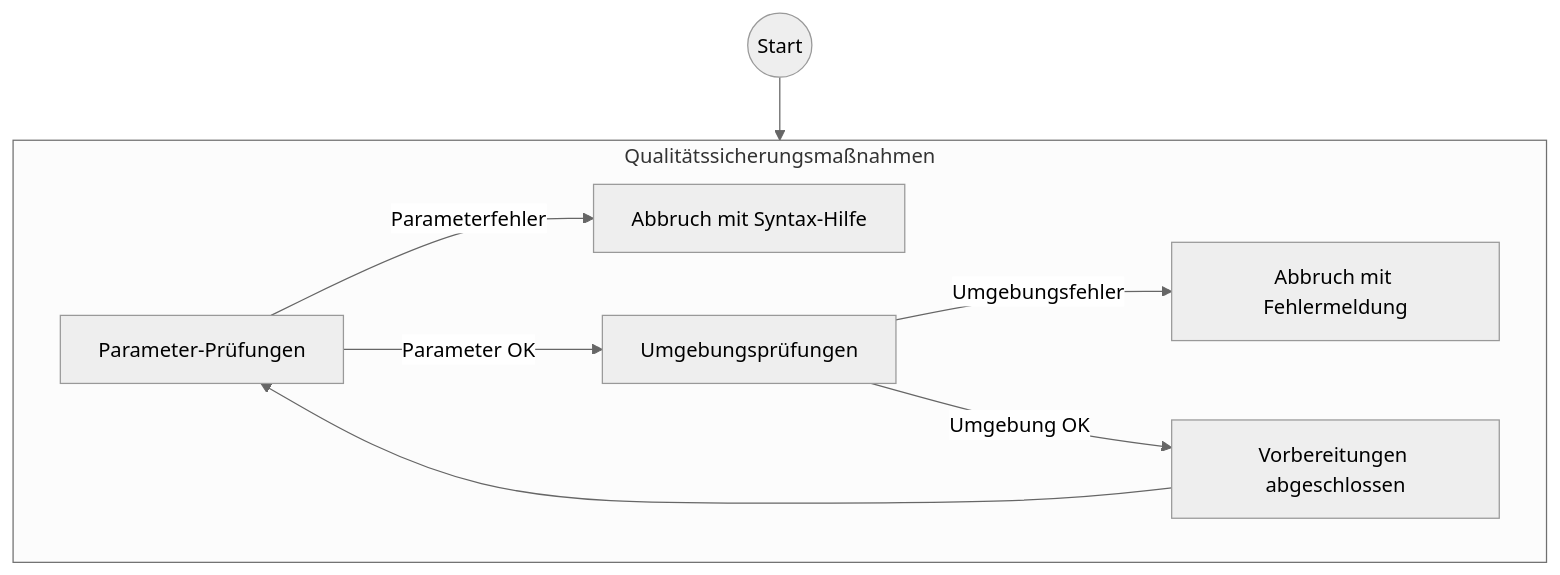
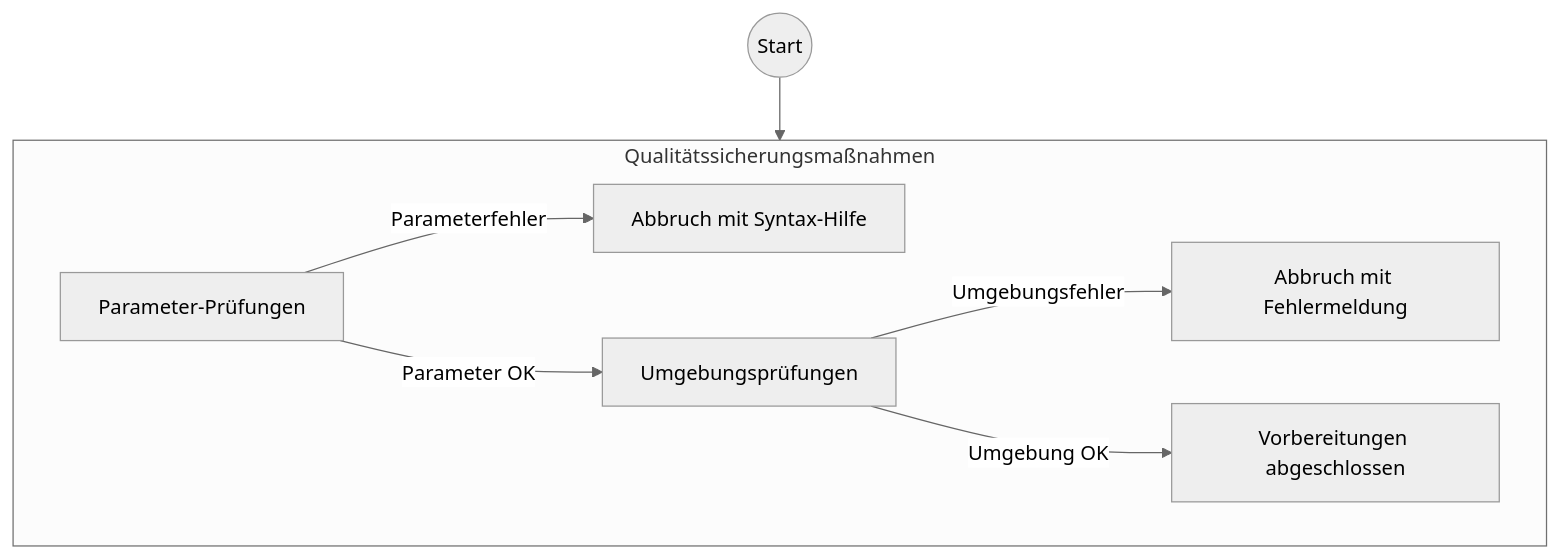
The second of 2 diagrams in SMKITS5/README.md (bh-8/amsl-it-security-projects), drawn with Mermaid (neutral theme) before and after one commit.

````diff
--- a/SMKITS5/README.md
+++ b/SMKITS5/README.md
@@ -135,18 +135,18 @@
     ```mermaid
     flowchart TB
       start(("Start"))
       subgraph Qualitätssicherungsmaßnahmen
         direction LR
         paramchecks["Parameter-Prüfungen"]
         aborthelp["Abbruch mit Syntax-Hilfe"]
         envchecks["Umgebungsprüfungen"]
         aborterr["Abbruch mit Fehlermeldung"]
         qa["Vorbereitungen abgeschlossen"]
-        -->paramchecks
+        paramchecks
         paramchecks--"Parameterfehler"-->aborthelp
         paramchecks--"Parameter OK"-->envchecks
         envchecks--"Umgebungsfehler"-->aborterr
         envchecks--"Umgebung OK"-->qa
       end
       start-->Qualitätssicherungsmaßnahmen
     ```  
````
